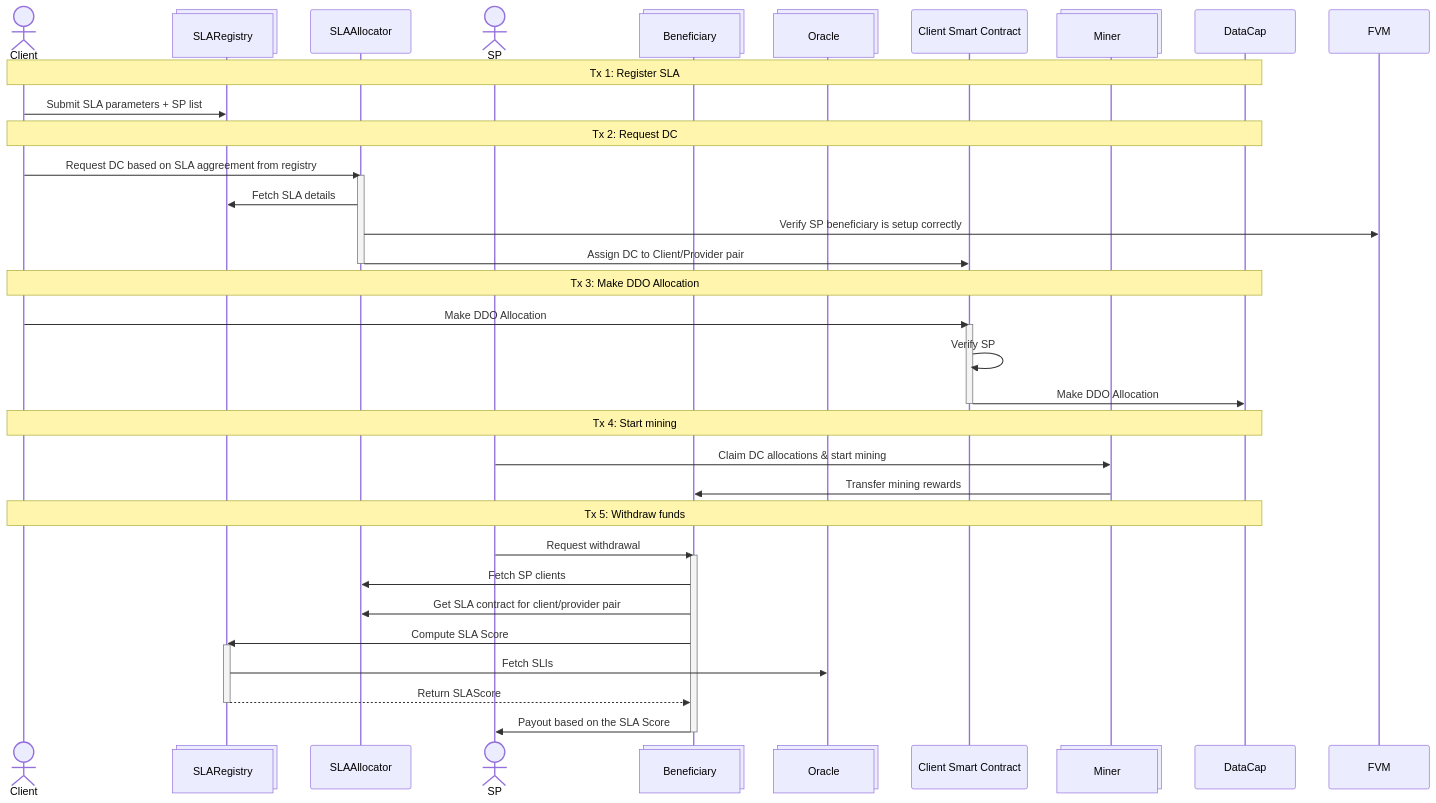
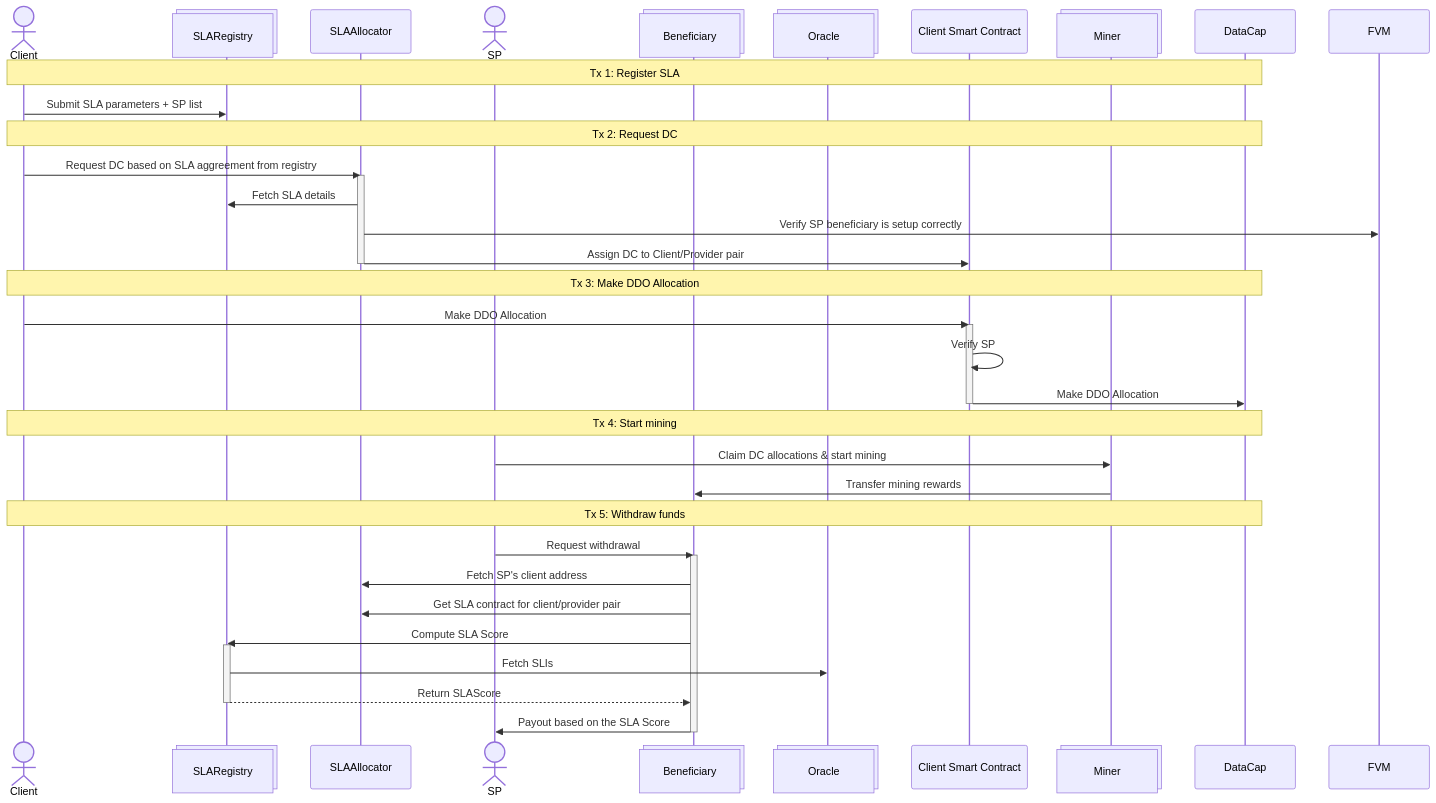
The first of 2 diagrams in README_single_client_per_sp.md (kacperzuk-neti/sla-allocator-contracts), drawn with Mermaid before and after one commit.

Commit message:
Clarify fetch request for SP's client address

````diff
--- a/README_single_client_per_sp.md
+++ b/README_single_client_per_sp.md
@@ -190,49 +190,49 @@
 ```mermaid
 sequenceDiagram
   actor Client
   participant SLARegistry@{ "type" : "collections" }
   participant SLAAllocator
   actor SP
   participant Beneficiary@{ "type" : "collections" }
   participant Oracle@{ "type" : "collections" }
   participant ClientSC as Client Smart Contract
   participant Miner@{ "type" : "collections" }
 
 note over Client,DataCap: Tx 1: Register SLA
   Client->>SLARegistry: Submit SLA parameters + SP list
 
 note over Client,DataCap: Tx 2: Request DC
   Client->>SLAAllocator: Request DC based on SLA aggreement from registry
   activate SLAAllocator
   SLAAllocator->>SLARegistry: Fetch SLA details
 
   SLAAllocator->>FVM: Verify SP beneficiary is setup correctly
   SLAAllocator->>ClientSC: Assign DC to Client/Provider pair
   deactivate SLAAllocator
 
 note over Client,DataCap: Tx 3: Make DDO Allocation
   Client->>ClientSC: Make DDO Allocation
   activate ClientSC
   ClientSC->>ClientSC: Verify SP
   ClientSC->>DataCap: Make DDO Allocation
   deactivate ClientSC
 
 note over Client,DataCap: Tx 4: Start mining
   SP->>Miner: Claim DC allocations & start mining
   Miner->>Beneficiary: Transfer mining rewards
   
 note over Client,DataCap: Tx 5: Withdraw funds
   SP->>Beneficiary: Request withdrawal
   activate Beneficiary
   
-  Beneficiary->>SLAAllocator: Fetch SP clients
+  Beneficiary->>SLAAllocator: Fetch SP's client address
   Beneficiary->>SLAAllocator: Get SLA contract for client/provider pair
   Beneficiary->>SLARegistry: Compute SLA Score
   activate SLARegistry
   SLARegistry->>Oracle: Fetch SLIs
   SLARegistry-->>Beneficiary: Return SLAScore
   deactivate SLARegistry
 
   Beneficiary->>SP: Payout based on the SLA Score
   deactivate Beneficiary
 ```
````
